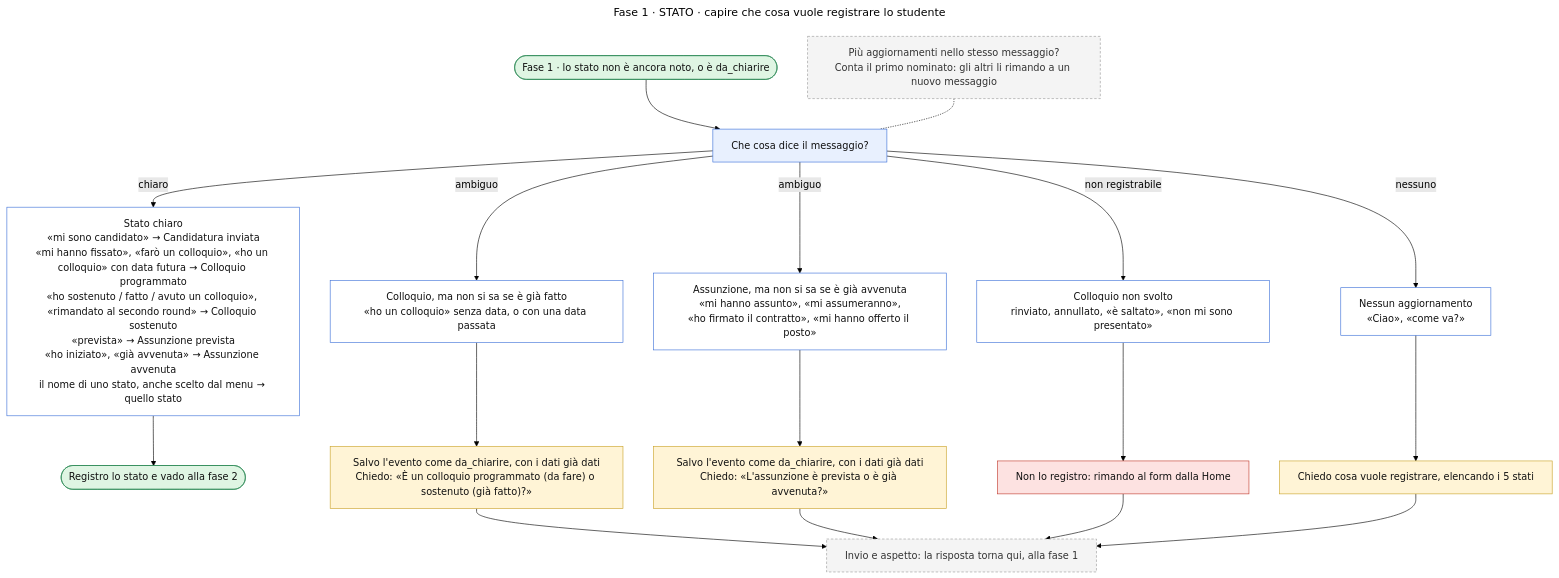
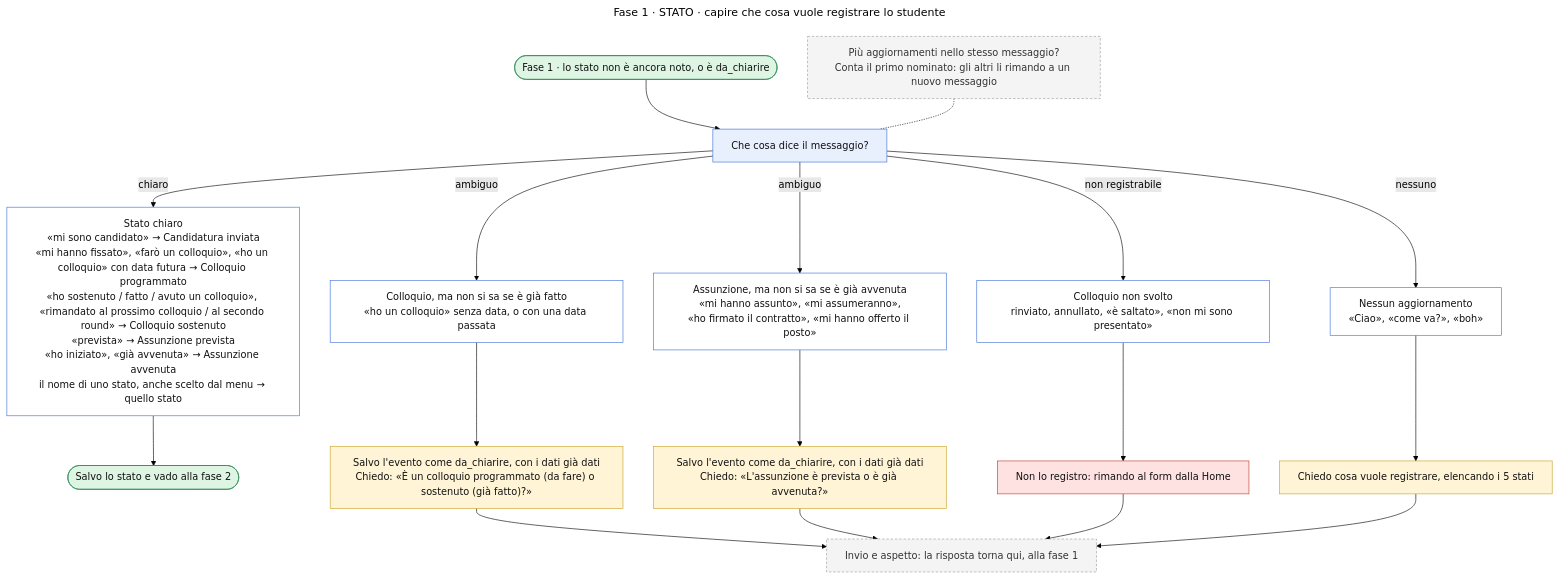
One commit to refresh-academy-staff/Progetto_ping_studenti changed the diagram in Flowcharts/AI_Bot_Flowchart_20260926_fase1.mmd. Above: the diagram before and after it, drawn with Mermaid (forest theme). The commit also changed 8 other files, not shown here.

```diff
--- a/Flowcharts/AI_Bot_Flowchart_20260926_fase1.mmd
+++ b/Flowcharts/AI_Bot_Flowchart_20260926_fase1.mmd
@@ -1,57 +1,57 @@
 ---
 title: Fase 1 · STATO · capire che cosa vuole registrare lo studente
 config:
   flowchart:
     wrappingWidth: 420
 ---
 %% Sotto-diagramma della fase 1 (mappa d'insieme: AI_Bot_Flowchart_20260926.mmd).
-%% Regole da AI_Bot_Instructions_Code.js: riconosci_stato e <turno> passo 3.
+%% Regole da AI_Bot_Instructions_20260926.js: riconosci_stato e <turno> passo 3.
 %% Colori: azzurro = controlli · bianco = casi · giallo = domande · rosso = non si registra · verde = si prosegue.
 flowchart TD
     IN(["Fase 1 · lo stato non è ancora noto, o è da_chiarire"])
     PIU["Più aggiornamenti nello stesso messaggio?<br/>Conta il primo nominato: gli altri li rimando a un nuovo messaggio"]
     Q["Che cosa dice il messaggio?"]
 
-    CH["Stato chiaro<br/>«mi sono candidato» → Candidatura inviata<br/>«mi hanno fissato», «farò un colloquio», «ho un colloquio» con data futura → Colloquio programmato<br/>«ho sostenuto / fatto / avuto un colloquio», «rimandato al secondo round» → Colloquio sostenuto<br/>«prevista» → Assunzione prevista<br/>«ho iniziato», «già avvenuta» → Assunzione avvenuta<br/>il nome di uno stato, anche scelto dal menu → quello stato"]
-    F2(["Registro lo stato e vado alla fase 2"])
+    CH["Stato chiaro<br/>«mi sono candidato» → Candidatura inviata<br/>«mi hanno fissato», «farò un colloquio», «ho un colloquio» con data futura → Colloquio programmato<br/>«ho sostenuto / fatto / avuto un colloquio», «rimandato al prossimo colloquio / al secondo round» → Colloquio sostenuto<br/>«prevista» → Assunzione prevista<br/>«ho iniziato», «già avvenuta» → Assunzione avvenuta<br/>il nome di uno stato, anche scelto dal menu → quello stato"]
+    F2(["Salvo lo stato e vado alla fase 2"])
 
     AC["Colloquio, ma non si sa se è già fatto<br/>«ho un colloquio» senza data, o con una data passata"]
     AA["Assunzione, ma non si sa se è già avvenuta<br/>«mi hanno assunto», «mi assumeranno»,<br/>«ho firmato il contratto», «mi hanno offerto il posto»"]
     NR["Colloquio non svolto<br/>rinviato, annullato, «è saltato», «non mi sono presentato»"]
-    NE["Nessun aggiornamento<br/>«Ciao», «come va?»"]
+    NE["Nessun aggiornamento<br/>«Ciao», «come va?», «boh»"]
 
     DAC["Salvo l'evento come da_chiarire, con i dati già dati<br/>Chiedo: «È un colloquio programmato (da fare) o sostenuto (già fatto)?»"]
     DAA["Salvo l'evento come da_chiarire, con i dati già dati<br/>Chiedo: «L'assunzione è prevista o è già avvenuta?»"]
     DNR["Non lo registro: rimando al form dalla Home"]
     DNE["Chiedo cosa vuole registrare, elencando i 5 stati"]
     ATT["Invio e aspetto: la risposta torna qui, alla fase 1"]
 
     IN --> Q
     PIU -.- Q
     Q -->|chiaro| CH
     CH --> F2
     Q -->|ambiguo| AC
     Q -->|ambiguo| AA
     Q -->|non registrabile| NR
     Q -->|nessuno| NE
     AC --> DAC
     AA --> DAA
     NR --> DNR
     NE --> DNE
     DAC --> ATT
     DAA --> ATT
     DNR --> ATT
     DNE --> ATT
 
     classDef fase fill:#e8f0fe,stroke:#3b6fd8,color:#111
     classDef caso fill:#ffffff,stroke:#3b6fd8,color:#111
     classDef domanda fill:#fff4d6,stroke:#c9a227,color:#111
     classDef uscita fill:#fde2e1,stroke:#c0392b,color:#111
     classDef estremo fill:#dff5e3,stroke:#2e8b57,color:#111
     classDef nota fill:#f4f4f4,stroke:#999,color:#333,stroke-dasharray:4 3
     class Q fase
     class CH,AC,AA,NR,NE caso
     class DAC,DAA,DNE domanda
     class DNR uscita
     class IN,F2 estremo
     class PIU,ATT nota
```
